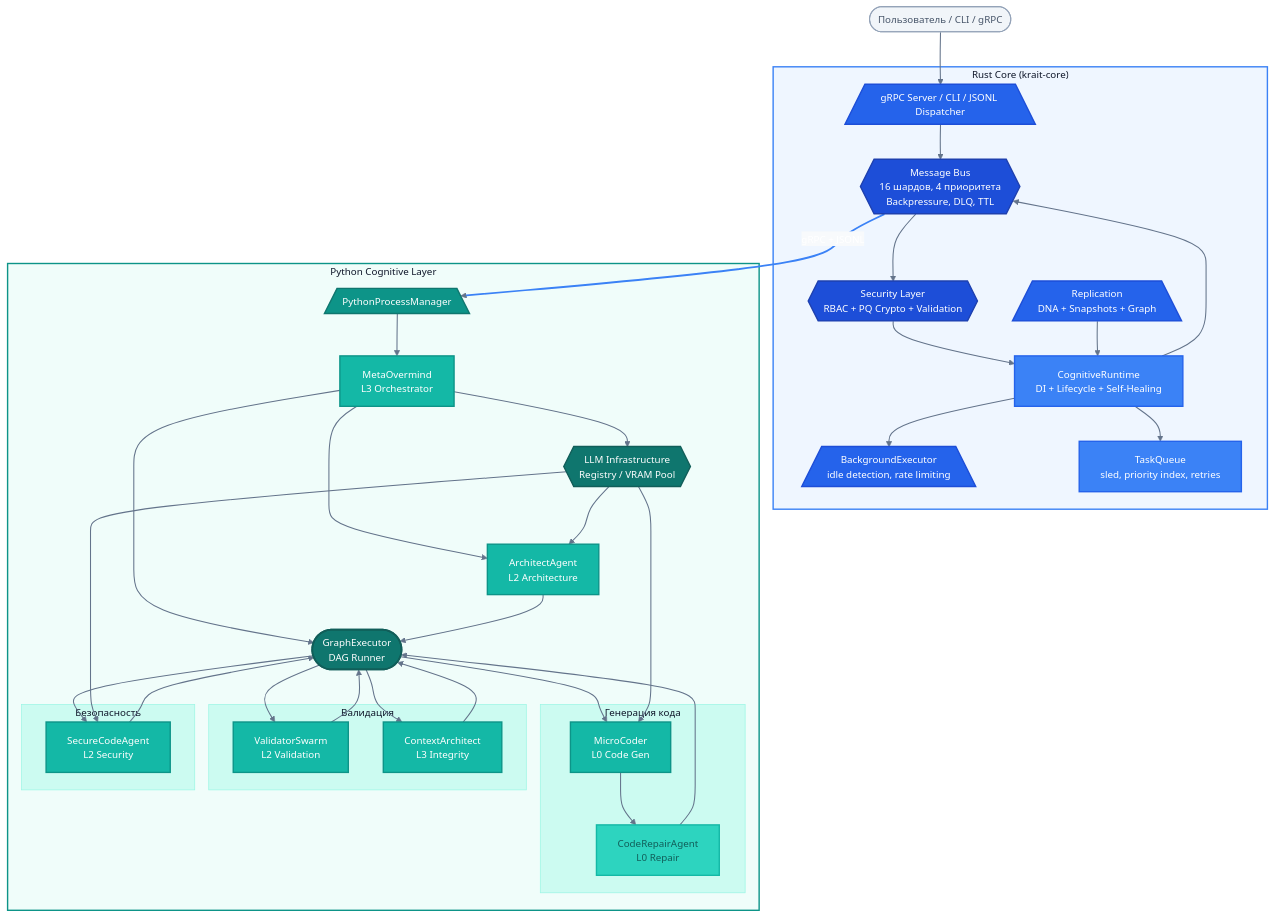
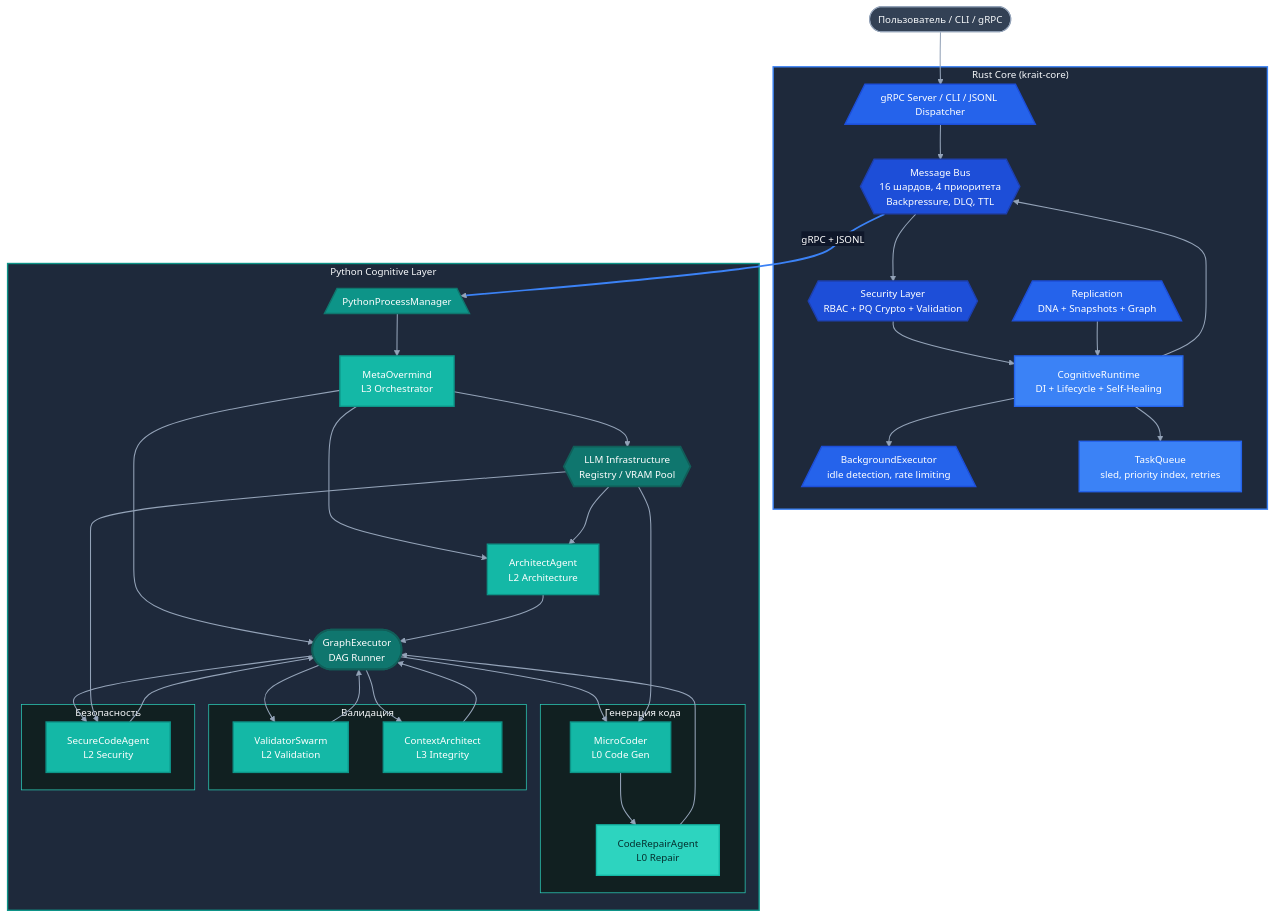
Before and after one commit to Rafned/Krait-Ecosystem: the first of 5 diagrams in docs/ARCHITECTURE_RU.md, drawn with Mermaid. The commit also changed other lines of this file, not shown here.

Commit message:
Update ARCHITECTURE_RU.md
change  background layout  = dark   for mermaid

````diff
--- a/docs/ARCHITECTURE_RU.md
+++ b/docs/ARCHITECTURE_RU.md
@@ -26,6 +26,6 @@
 ```mermaid
 %%{init: {'theme': 'base', 'themeVariables': {
-  'lineColor': '#64748B',
+  'lineColor': '#94A3B8',
   'primaryColor': '#3B82F6',
   'primaryTextColor': '#FFFFFF',
   'primaryBorderColor': '#2563EB',
@@ -33,41 +33,32 @@
   'tertiaryColor': '#0F172A',
   'fontFamily': 'system-ui, -apple-system, sans-serif',
   'fontSize': '14px',
-  'edgeLabelBackground': '#F8FAFC'
+  'edgeLabelBackground': '#0F172A'
 }}}%%
 
 flowchart TD
-    %% ===== ВНЕШНИЙ КОНТЕКСТ (Стадион) =====
+    %% ===== ВНЕШНИЙ КОНТЕКСТ =====
     User(["Пользователь / CLI / gRPC"]) --> Dispatcher
 
-    %% ===== RUST CORE (Синий) =====
+    %% ===== RUST CORE =====
     subgraph RustCore ["Rust Core (krait-core)"]
-        %% I/O Границы (Параллелограммы)
         Dispatcher[/"gRPC Server / CLI / JSONL Dispatcher"\]
         BE[/"BackgroundExecutor<br/>idle detection, rate limiting"\]
         Rep[/"Replication<br/>DNA + Snapshots + Graph"\]
         
-        %% Инфраструктурные слои (Шестиугольники)
         Bus{{"Message Bus<br/>16 шардов, 4 приоритета<br/>Backpressure, DLQ, TTL"}}
         Sec{{"Security Layer<br/>RBAC + PQ Crypto + Validation"}}
         
-        %% Внутренние процессы (Прямоугольники)
         Runtime["CognitiveRuntime<br/>DI + Lifecycle + Self-Healing"]
         TQ["TaskQueue<br/>sled, priority index, retries"]
     end
 
-    %% ===== PYTHON COGNITIVE LAYER (Бирюзовый) =====
+    %% ===== PYTHON COGNITIVE LAYER =====
     subgraph PyLayer ["Python Cognitive Layer"]
-        %% I/O Границы
         PyMgr[/"PythonProcessManager"\]
-        
-        %% Точка старта графа (Стадион)
         Graph(["GraphExecutor<br/>DAG Runner"])
-        
-        %% Инфраструктурный слой (Шестиугольник)
         LLM{{"LLM Infrastructure<br/>Registry / VRAM Pool"}}
         
-        %% Агенты (Прямоугольники)
         PyMeta["MetaOvermind<br/>L3 Orchestrator"]
         Arch["ArchitectAgent<br/>L2 Architecture"]
 
@@ -86,7 +77,7 @@
         end
     end
 
-    %% === ПОТОКИ ДАННЫХ ===
+    %% --- Основные потоки Rust ---
     Dispatcher --> Bus
     Bus --> Sec
     Sec --> Runtime
@@ -95,8 +86,10 @@
     Rep --> Runtime
     Runtime --> Bus
 
+    %% --- Системная граница ---
     Bus ==>|"gRPC + JSONL"| PyMgr
 
+    %% --- Основные потоки Python ---
     PyMgr --> PyMeta
     PyMeta --> Arch
     PyMeta --> Graph
@@ -108,7 +101,7 @@
     Graph --> SC
     Graph --> CA
     
-    %% Добавил обратные связи от валидаторов/безопасности
+    %% --- Обратные связи ---
     VR --> Graph
     CA --> Graph
     SC --> Graph
@@ -121,49 +114,41 @@
     LLM --> SC
 
     %% ==========================================
-    %% ===== ЕДИНЫЙ ДИЗАЙН-СТИЛЬ (CSS) ==========
+    %% ===== ЕДИНЫЙ ДИЗАЙН-СТИЛЬ (DARK MODE) ===
     %% ==========================================
 
-    %% --- ВНЕШНИЙ КОНТЕКСТ ---
-    style User fill:#F1F5F9,stroke:#94A3B8,stroke-width:1.5px,color:#475569
+    %% --- Внешний контекст ---
+    classDef extCtx fill:#334155,stroke:#94A3B8,stroke-width:1.5px,color:#F8FAFC
+    class User extCtx
 
-    %% --- КОНТЕЙНЕРЫ СЛОЕВ ---
-    style RustCore fill:#EFF6FF,stroke:#3B82F6,stroke-width:2px,color:#0F172A
-    style PyLayer fill:#F0FDFA,stroke:#0D9488,stroke-width:2px,color:#0F172A
-    style Generation fill:#CCFBF1,stroke:#99F6E4,stroke-width:1px,color:#0F172A
-    style Validation fill:#CCFBF1,stroke:#99F6E4,stroke-width:1px,color:#0F172A
-    style Security fill:#CCFBF1,stroke:#99F6E4,stroke-width:1px,color:#0F172A
+    %% --- Контейнеры (Сабграфы) ---
+    classDef subRust fill:#1E293B,stroke:#3B82F6,stroke-width:2px,color:#F8FAFC
+    classDef subPy fill:#1E293B,stroke:#0D9488,stroke-width:2px,color:#F8FAFC
+    classDef subPyInner fill:#112021,stroke:#2DD4BF,stroke-width:1px,color:#F8FAFC
+    class RustCore subRust
+    class PyLayer subPy
+    class Generation,Validation,Security subPyInner
 
-    %% --- СИНЕЕ (Rust Core) ---
-    %% Шестиугольники (Инфраструктура)
-    style Bus fill:#1D4ED8,stroke:#1E40AF,stroke-width:2px,color:#FFFFFF
-    style Sec fill:#1D4ED8,stroke:#1E40AF,stroke-width:2px,color:#FFFFFF
-    %% Параллелограммы (I/O)
-    style Dispatcher fill:#2563EB,stroke:#1D4ED8,stroke-width:2px,color:#FFFFFF
-    style BE fill:#2563EB,stroke:#1D4ED8,stroke-width:2px,color:#FFFFFF
-    style Rep fill:#2563EB,stroke:#1D4ED8,stroke-width:2px,color:#FFFFFF
-    %% Прямоугольники (Процессы)
-    style Runtime fill:#3B82F6,stroke:#2563EB,stroke-width:2px,color:#FFFFFF
-    style TQ fill:#3B82F6,stroke:#2563EB,stroke-width:2px,color:#FFFFFF
+    %% --- Синее (Rust Core) ---
+    classDef rustInfra fill:#1D4ED8,stroke:#1E40AF,stroke-width:2px,color:#FFFFFF
+    classDef rustIO fill:#2563EB,stroke:#1D4ED8,stroke-width:2px,color:#FFFFFF
+    classDef rustProc fill:#3B82F6,stroke:#2563EB,stroke-width:2px,color:#FFFFFF
+    class Bus,Sec rustInfra
+    class Dispatcher,BE,Rep rustIO
+    class Runtime,TQ rustProc
 
-    %% --- БИРЮЗОВОЕ (Python Layer) ---
-    %% Стадионы (Главные точки потока)
-    style Graph fill:#0F766E,stroke:#115E59,stroke-width:2.5px,color:#FFFFFF
-    %% Шестиугольники (Инфраструктура)
-    style LLM fill:#0F766E,stroke:#115E59,stroke-width:2px,color:#FFFFFF
-    %% Параллелограммы (I/O)
-    style PyMgr fill:#0D9488,stroke:#0F766E,stroke-width:2px,color:#FFFFFF
-    %% Прямоугольники (Агенты)
-    style PyMeta fill:#14B8A6,stroke:#0D9488,stroke-width:2px,color:#FFFFFF
-    style Arch fill:#14B8A6,stroke:#0D9488,stroke-width:2px,color:#FFFFFF
-    style MC fill:#14B8A6,stroke:#0D9488,stroke-width:2px,color:#FFFFFF
-    style VR fill:#14B8A6,stroke:#0D9488,stroke-width:2px,color:#FFFFFF
-    style SC fill:#14B8A6,stroke:#0D9488,stroke-width:2px,color:#FFFFFF
-    style CA fill:#14B8A6,stroke:#0D9488,stroke-width:2px,color:#FFFFFF
-    style CRA fill:#2DD4BF,stroke:#14B8A6,stroke-width:2px,color:#115E59
+    %% --- Бирюзовое (Python Layer) ---
+    classDef pyMain fill:#0F766E,stroke:#115E59,stroke-width:2.5px,color:#FFFFFF
+    classDef pyIO fill:#0D9488,stroke:#0F766E,stroke-width:2px,color:#FFFFFF
+    classDef pyAgent fill:#14B8A6,stroke:#0D9488,stroke-width:2px,color:#FFFFFF
+    classDef pyRepair fill:#2DD4BF,stroke:#14B8A6,stroke-width:2px,color:#042f2e
+    class Graph,LLM pyMain
+    class PyMgr pyIO
+    class PyMeta,Arch,MC,VR,SC,CA pyAgent
+    class CRA pyRepair
 
-    %% --- ЛИНИИ СВЯЗИ ---
-    linkStyle default stroke:#64748B,stroke-width:1.5px
-    %% Выделение системной границы (Rust -> Python) — индекс 8
+    %% --- Стилизация линий ---
+    %% Индексы: 8 - это граница Bus ==> PyMgr
+    linkStyle default stroke:#94A3B8,stroke-width:1.5px
     linkStyle 8 stroke:#3B82F6,stroke-width:2.5px
 ```
````
